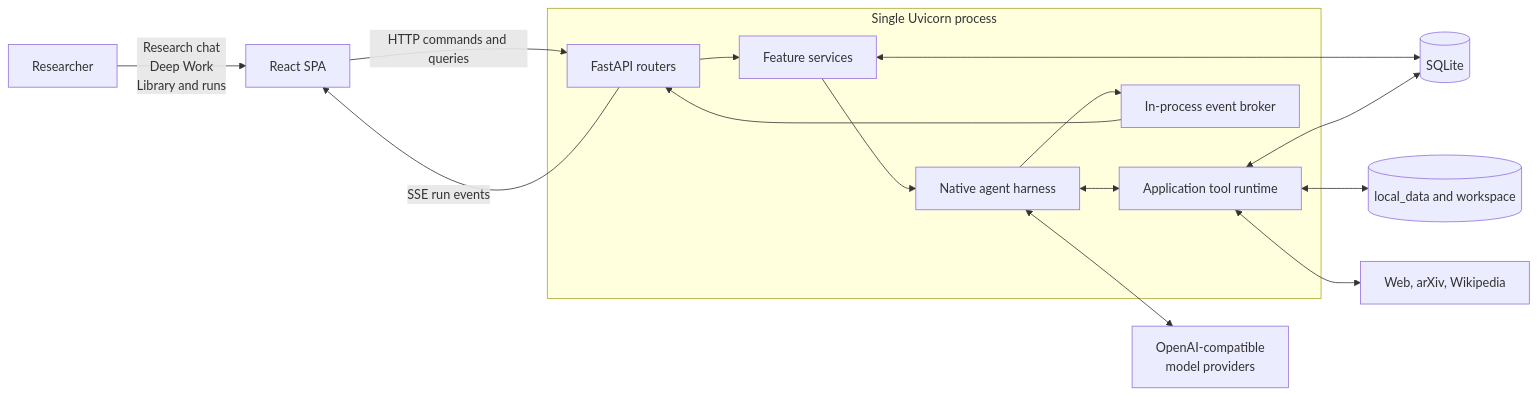
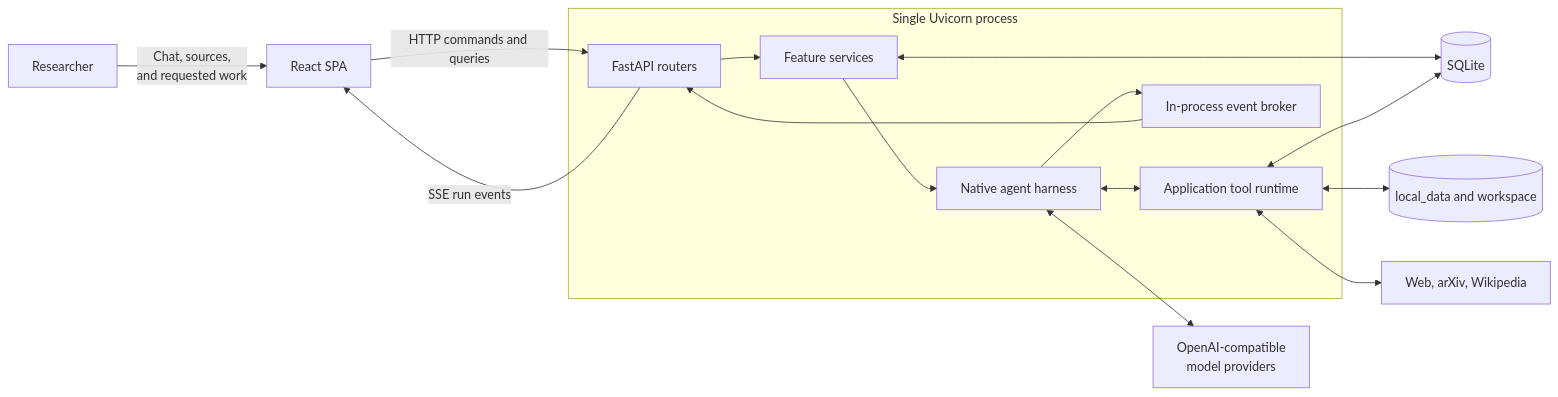
One commit to giridharmunagala/scholarweave changed the first of 16 diagrams in docs/architecture.md. Above: the diagram before and after it, drawn with Mermaid. The commit also changed other lines of this file and 95 other files, not shown here.

First line of the commit message:
Add terminal research cockpit and refine chat workflows

````diff
--- a/docs/architecture.md
+++ b/docs/architecture.md
@@ -12,27 +12,27 @@
 ```mermaid
 flowchart LR
-    Researcher[Researcher] -->|Research chat<br/>Deep Work<br/>Library and runs| SPA[React SPA]
+    Researcher[Researcher] -->|Chat, sources,<br/>and requested work| SPA[React SPA]
 
     subgraph Process["Single Uvicorn process"]
         API[FastAPI routers]
         Services[Feature services]
         Harness[Native agent harness]
         Tools[Application tool runtime]
         Broker[In-process event broker]
 
         API --> Services
         Services --> Harness
         Harness <--> Tools
         Harness --> Broker
         Broker --> API
     end
 
     SPA -->|HTTP commands and queries| API
     API -->|SSE run events| SPA
 
     Services <--> DB[(SQLite)]
     Tools <--> DB
     Tools <--> Files[(local_data and workspace)]
     Harness <--> Providers[OpenAI-compatible<br/>model providers]
     Tools <--> Sources[Web, arXiv, Wikipedia]
 ```
````
